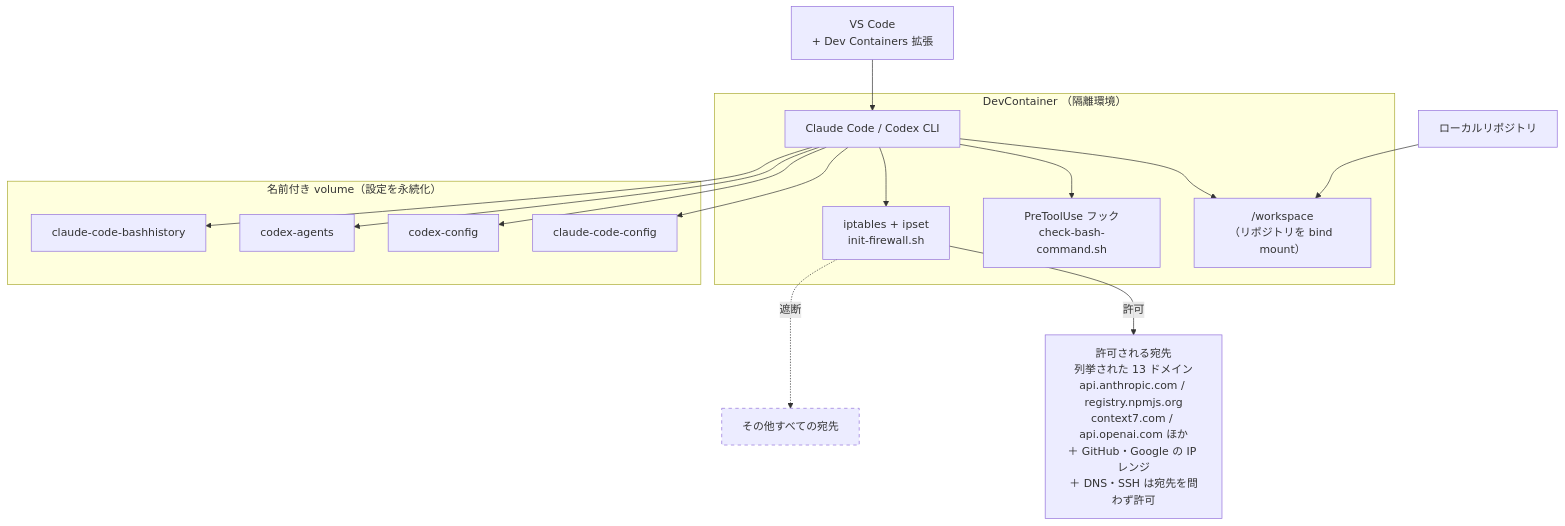
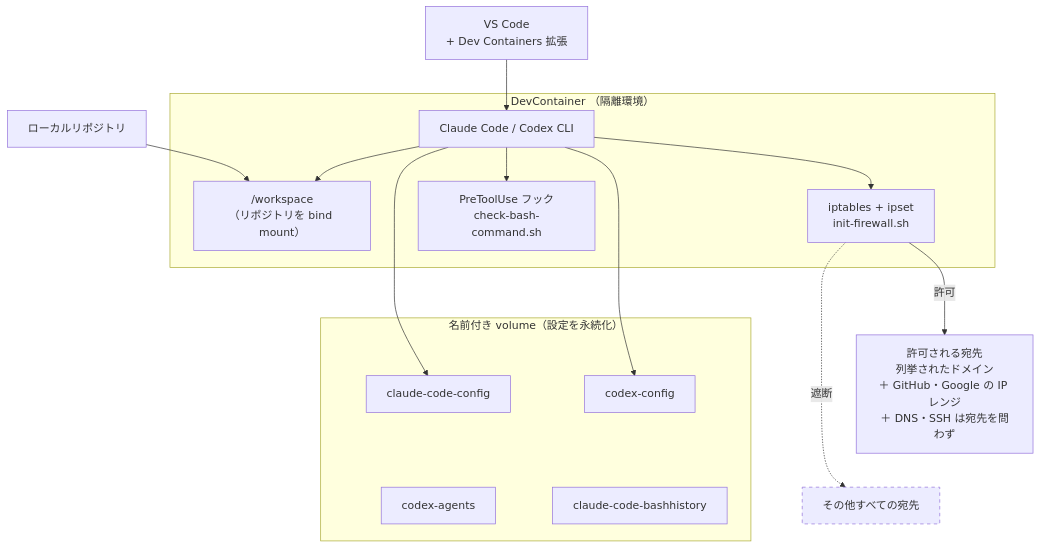
One commit to Knu334/reminder-server changed the diagram in docs/slides/diagrams/architecture.mmd. Above: the diagram before and after it, drawn with Mermaid. The commit also changed 7 other files, not shown here.

```diff
--- a/docs/slides/diagrams/architecture.mmd
+++ b/docs/slides/diagrams/architecture.mmd
@@ -1,34 +1,40 @@
 flowchart TB
   vscode["VS Code<br/>+ Dev Containers 拡張"]
   repo["ローカルリポジトリ"]
 
   subgraph container["DevContainer （隔離環境）"]
     agent["Claude Code / Codex CLI"]
     ws["/workspace<br/>（リポジトリを bind mount）"]
     hook["PreToolUse フック<br/>check-bash-command.sh"]
     fw["iptables + ipset<br/>init-firewall.sh"]
   end
 
   subgraph vol["名前付き volume（設定を永続化）"]
     v1["claude-code-config"]
     v2["codex-config"]
     v3["codex-agents"]
     v4["claude-code-bashhistory"]
+    %% 2 列 2 行に畳んで横幅を抑える（不可視リンク）
+    v1 ~~~ v3
+    v2 ~~~ v4
   end
 
-  ok["許可される宛先<br/>列挙された 13 ドメイン<br/>api.anthropic.com / registry.npmjs.org<br/>context7.com / api.openai.com ほか<br/>＋ GitHub・Google の IP レンジ<br/>＋ DNS・SSH は宛先を問わず許可"]
+  ok["許可される宛先<br/>列挙されたドメイン<br/>＋ GitHub・Google の IP レンジ<br/>＋ DNS・SSH は宛先を問わず"]
   ng["その他すべての宛先"]
 
   vscode --> agent
   repo --> ws
   agent --> ws
   agent --> hook
   agent --> fw
   agent --> v1
   agent --> v2
-  agent --> v3
-  agent --> v4
   fw -->|許可| ok
   fw -.->|遮断| ng
 
+  %% 不可視リンクで段を下げ、コンテナの横に並ばないようにする
+  hook ~~~ v1
+  hook ~~~ v2
+  ok ~~~ ng
+
   style ng stroke-dasharray: 5 5
```
